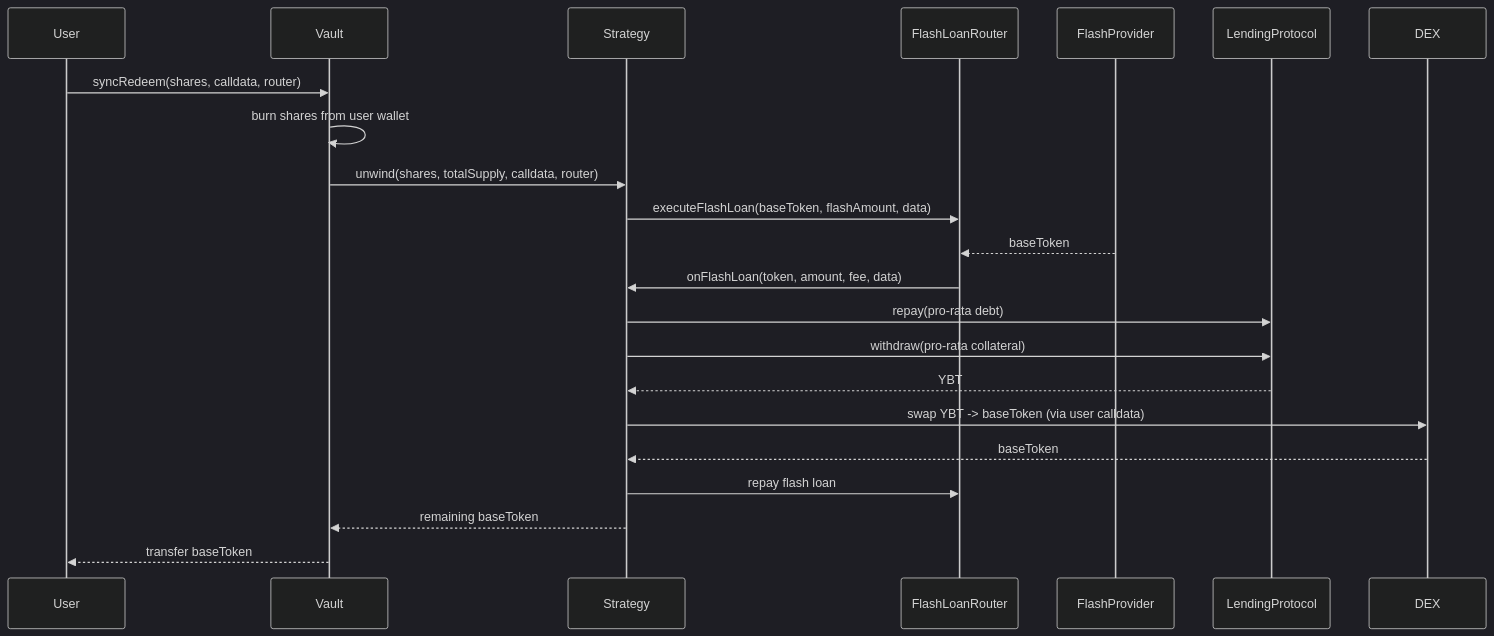
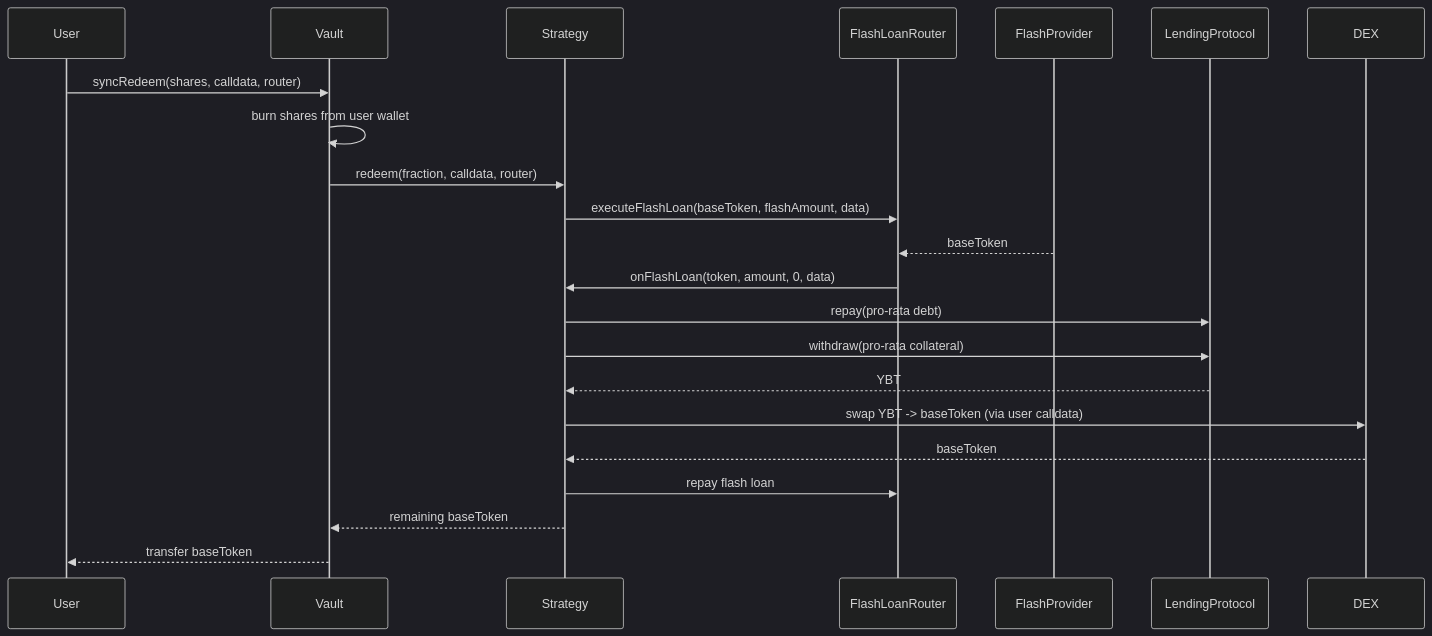
The third of 8 diagrams in docs/architecture/token-flows.md (evgenynacu/leverage-vaults), drawn with Mermaid (dark theme) before and after one commit. The commit also changed other lines of this file and 10 other files, not shown here.

````diff
--- a/docs/architecture/token-flows.md
+++ b/docs/architecture/token-flows.md
@@ -53,17 +54,17 @@
 ```mermaid
 sequenceDiagram
     User->>Vault: syncRedeem(shares, calldata, router)
     Vault->>Vault: burn shares from user wallet
-    Vault->>Strategy: unwind(shares, totalSupply, calldata, router)
+    Vault->>Strategy: redeem(fraction, calldata, router)
     Strategy->>FlashLoanRouter: executeFlashLoan(baseToken, flashAmount, data)
     FlashProvider-->>FlashLoanRouter: baseToken
-    FlashLoanRouter->>Strategy: onFlashLoan(token, amount, fee, data)
+    FlashLoanRouter->>Strategy: onFlashLoan(token, amount, 0, data)
     Strategy->>LendingProtocol: repay(pro-rata debt)
     Strategy->>LendingProtocol: withdraw(pro-rata collateral)
     LendingProtocol-->>Strategy: YBT
     Strategy->>DEX: swap YBT -> baseToken (via user calldata)
     DEX-->>Strategy: baseToken
     Strategy->>FlashLoanRouter: repay flash loan
     Strategy-->>Vault: remaining baseToken
     Vault-->>User: transfer baseToken
 ```
````
